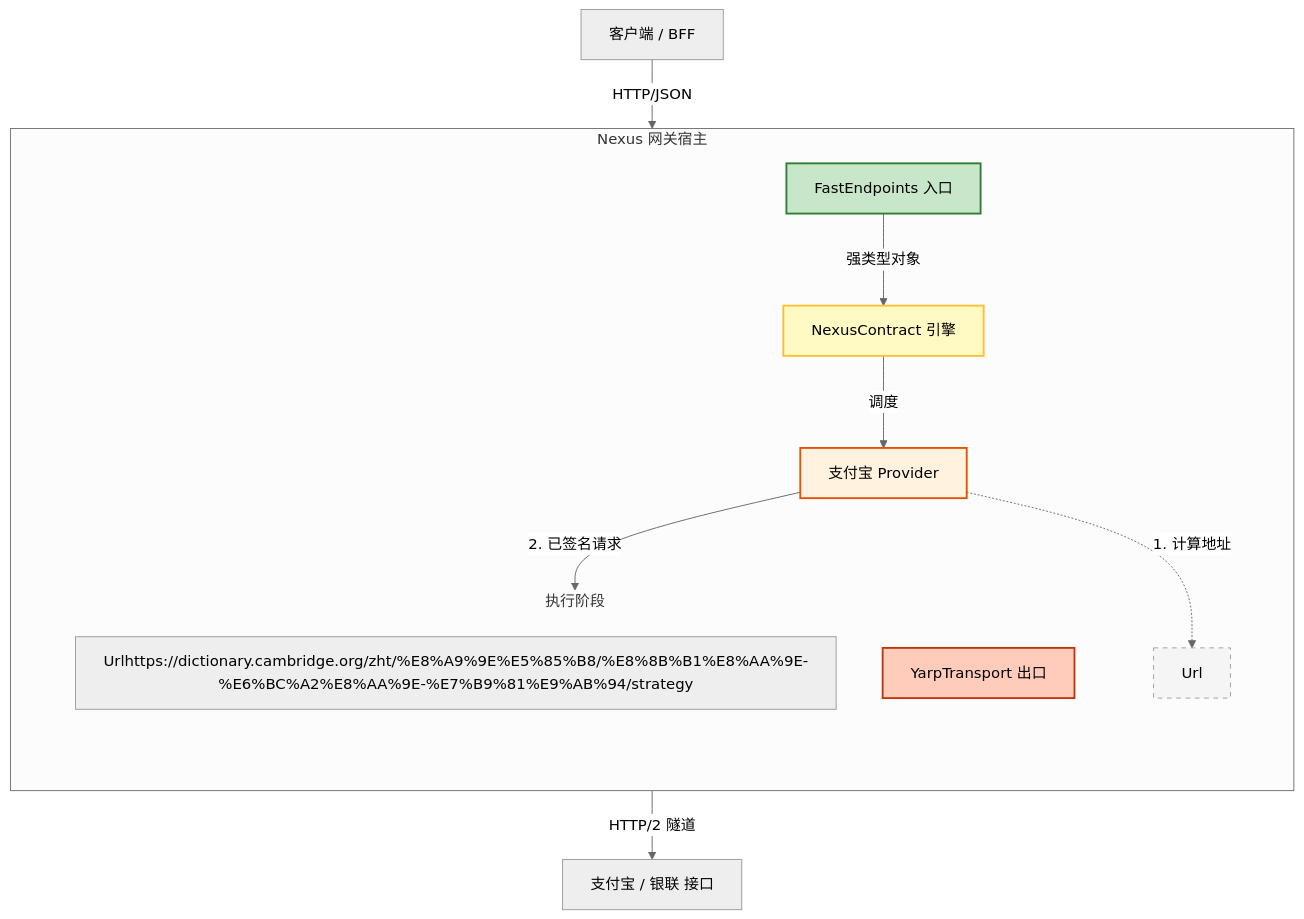
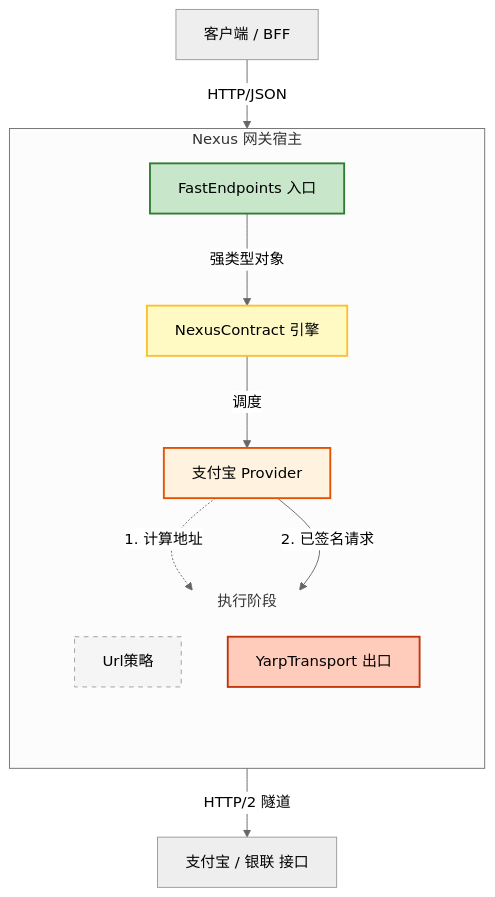
The diagram in docs/ARCHITECTURE_BLUEPRINT.zh-CN.md (NexusContract/PubSoft.NexusContract), drawn with Mermaid (neutral theme) before and after one commit.

Commit message:
docs: finalize Chinese architecture blueprint with complete details
- Complete Chinese version of architecture blueprint with all implementation details
- Add comprehensive code examples and interface definitions in Chinese
- Include performance characteristics and developer experience documentation
- Finalize blueprint for Q2 2026 implementation phase

````diff
--- a/docs/ARCHITECTURE_BLUEPRINT.zh-CN.md
+++ b/docs/ARCHITECTURE_BLUEPRINT.zh-CN.md
@@ -27,43 +27,43 @@
 ```mermaid
 graph TD
     %% 1. 外部世界
     User[客户端 / BFF] -->|HTTP/JSON| FE[FastEndpoints 入口]
     
     %% 2. 网关宿主内部
     subgraph GatewayHost [Nexus 网关宿主]
         direction TB
         
         %% 入口 -> 引擎
         FE -->|强类型对象| Core[NexusContract 引擎]
         
         %% 引擎 -> 业务逻辑
         Core -->|调度| Provider[支付宝 Provider]
         
         %% 业务逻辑 -> 执行阶段 (策略与基建)
         %% 使用子图将底部元素在视觉上归拢
         subgraph Execution [执行阶段]
             direction TB
             style Execution fill:none,stroke:none
             
             %% 策略注入 (辅助)
-            Urlhttps://dictionary.cambridge.org/zht/%E8%A9%9E%E5%85%B8/%E8%8B%B1%E8%AA%9E-%E6%BC%A2%E8%AA%9E-%E7%B9%81%E9%AB%94/strategy
+            Url[Url策略]
             
             %% 出口传输
             Yarp[YarpTransport 出口]
         end
         
         Provider -.->|1. 计算地址| Url
         Provider -->|2. 已签名请求| Yarp
     end
     
     %% 3. 上游世界
     Yarp -->|HTTP/2 隧道| Upstream[支付宝 / 银联 接口]
     
     %% 样式定义
     style FE fill:#c8e6c9,stroke:#2e7d32,stroke-width:2px
     style Core fill:#fff9c4,stroke:#fbc02d,stroke-width:2px
     style Provider fill:#fff3e0,stroke:#e65100,stroke-width:2px
     style Yarp fill:#ffccbc,stroke:#bf360c,stroke-width:2px
     style Url fill:#f5f5f5,stroke:#9e9e9e,stroke-width:1px,stroke-dasharray: 5 5
 
 ```
````
